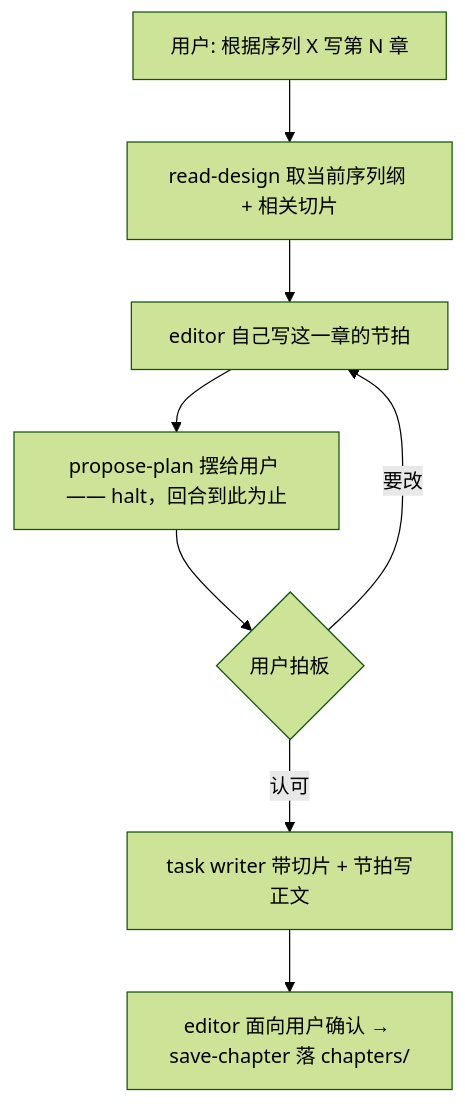
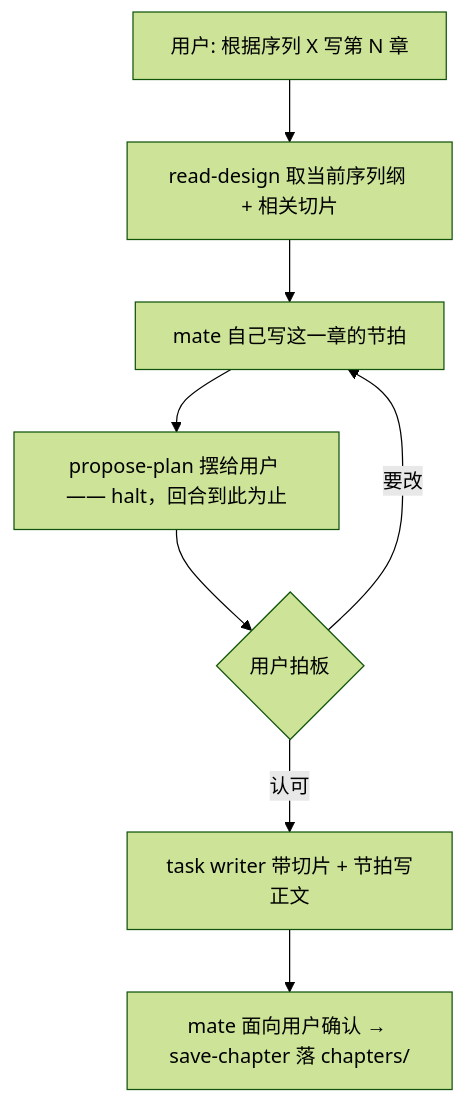
Before and after one commit to Sunshine334419520/talemate: the diagram in docs/design-docs.md, drawn with Mermaid (forest theme). The commit also changed other lines of this file and 35 other files, not shown here.

Commit message:
Rename editor to mate and document permission system

````diff
--- a/docs/design-docs.md
+++ b/docs/design-docs.md
@@ -68,10 +68,10 @@
 ```mermaid
 flowchart TD
     W[用户: 根据序列 X 写第 N 章] --> W1[read-design 取当前序列纲 + 相关切片]
-    W1 --> W2[editor 自己写这一章的节拍]
+    W1 --> W2[mate 自己写这一章的节拍]
     W2 --> W3[propose-plan 摆给用户 —— halt，回合到此为止]
     W3 --> W4{用户拍板}
     W4 -- 要改 --> W2
     W4 -- 认可 --> W5[task writer 带切片 + 节拍写正文]
-    W5 --> W6[editor 面向用户确认 → save-chapter 落 chapters/]
+    W5 --> W6[mate 面向用户确认 → save-chapter 落 chapters/]
 ```
````
